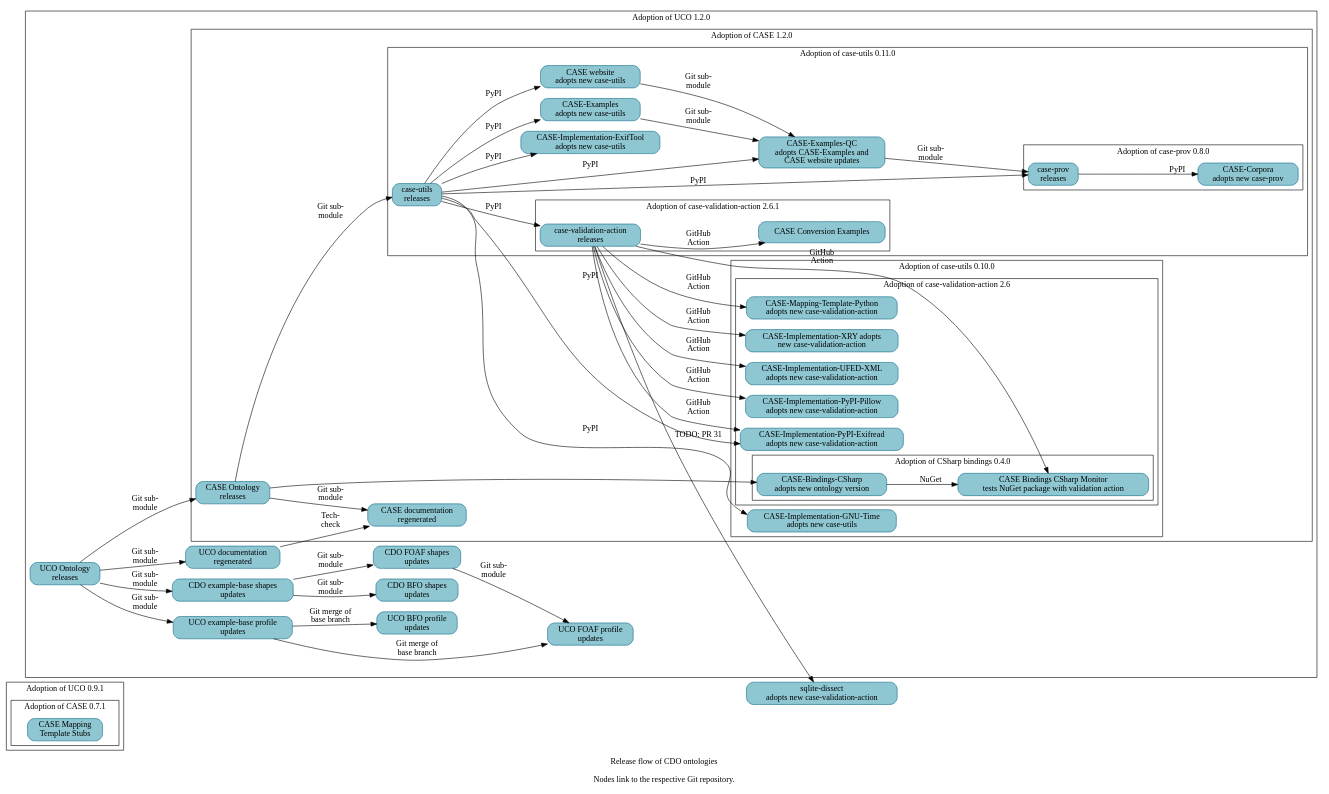
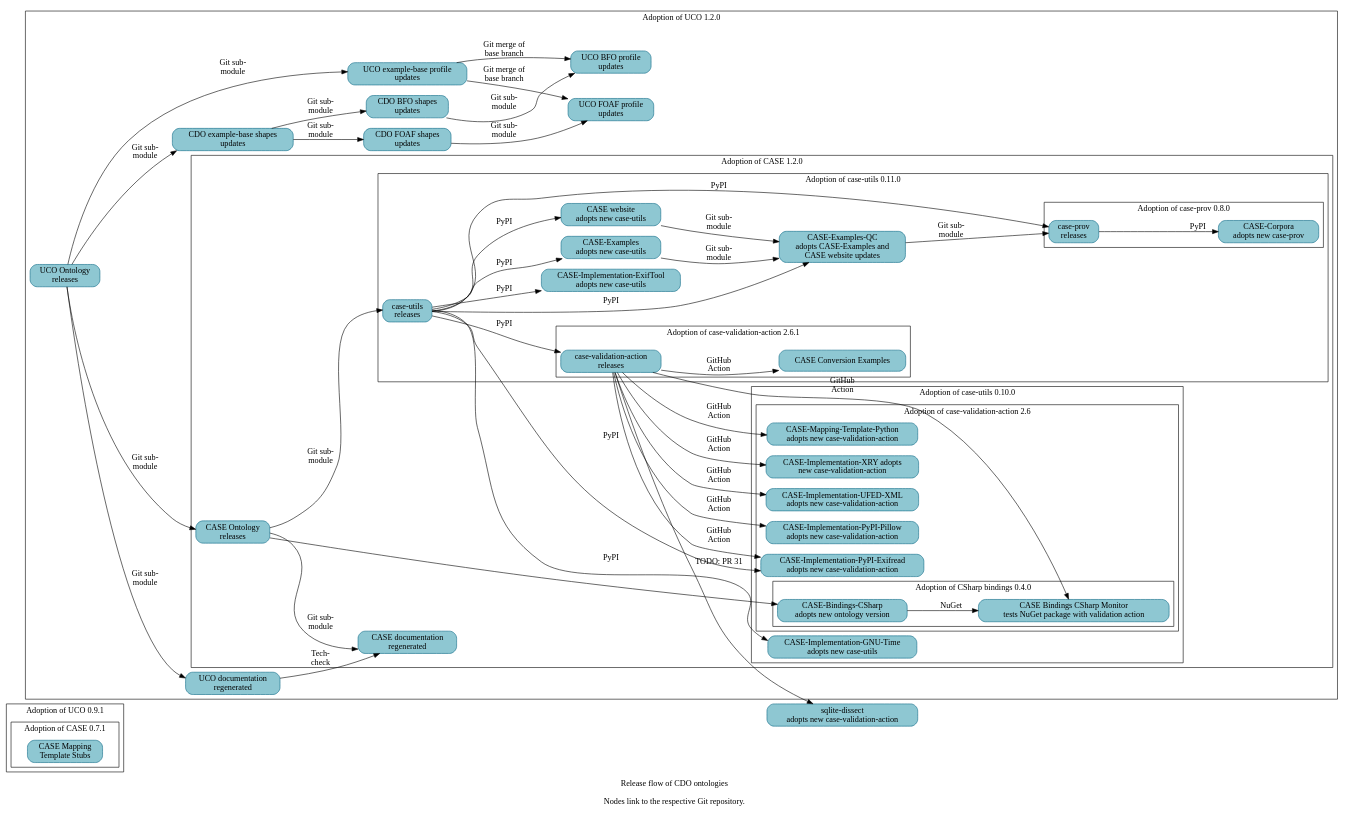
Before and after one commit to Cyber-Domain-Ontology/cdo.github.io: the diagram in resources/project_release_flow.dot, drawn with Graphviz.

Commit message:
Note UCO BFO Profile now uses CDO BFO shapes
A follow-on patch will regenerate Make-managed files.

```diff
--- a/resources/project_release_flow.dot
+++ b/resources/project_release_flow.dot
@@ -1,122 +1,123 @@
 digraph "cdo_release_flow" {
   label = "Release flow of CDO ontologies\n\nNodes link to the respective Git repository." ;
   rankdir = "LR" ;
   node [shape="rectangle" style="filled,rounded" fillcolor="#8EC7D2" color="#0D6986"] ;
 
 
   // Define nodes in their corresponding progress subgraph.
 
   subgraph cluster_uco_0_9_1 {
     label = "Adoption of UCO 0.9.1" ;
 
     subgraph cluster_case_0_7_1 {
       label = "Adoption of CASE 0.7.1" ;
       _GH__CASEWORK__CASE_MAPPING_TEMPLATE_STUBS [URL="https://github.com/casework/CASE-Mapping-Template-Stubs" label="CASE Mapping\nTemplate Stubs"] ;
     }
   }
 
   subgraph cluster_uco_1_2_0 {
     label = "Adoption of UCO 1.2.0" ;
 
     _GH__CYBER_DOMAIN_ONTOLOGY__CDO_SHAPES_BFO [URL="https://github.com/Cyber-Domain-Ontology/CDO-Shapes-BFO" label="CDO BFO shapes\nupdates"]
     _GH__CYBER_DOMAIN_ONTOLOGY__CDO_SHAPES_EXAMPLE [URL="https://github.com/Cyber-Domain-Ontology/CDO-Shapes-Example" label="CDO example-base shapes\nupdates"]
     _GH__CYBER_DOMAIN_ONTOLOGY__CDO_SHAPES_FOAF [URL="https://github.com/Cyber-Domain-Ontology/CDO-Shapes-FOAF" label="CDO FOAF shapes\nupdates"]
     _GH__UCOPROJECT__ONTOLOGY_UNIFIEDCYBERONTOLOGY_ORG [URL="https://github.com/ucoProject/ontology.unifiedcyberontology.org" label="UCO documentation\nregenerated"] ;
     _GH__UCOPROJECT__UCO [URL="https://github.com/ucoProject/UCO" label="UCO Ontology\nreleases"] ;
     _GH__UCOPROJECT__UCO_PROFILE_BFO [URL="https://github.com/ucoProject/UCO-Profile-BFO" label="UCO BFO profile\nupdates"] ;
     _GH__UCOPROJECT__UCO_PROFILE_EXAMPLE [URL="https://github.com/ucoProject/UCO-Profile-Example" label="UCO example-base profile\nupdates"] ;
     _GH__UCOPROJECT__UCO_PROFILE_FOAF [URL="https://github.com/ucoProject/UCO-Profile-FOAF" label="UCO FOAF profile\nupdates"] ;
 
     subgraph cluster_case_1_2_0 {
       label = "Adoption of CASE 1.2.0" ;
 
       _GH__CASEWORK__CASE [URL="https://github.com/casework/CASE" label="CASE Ontology\nreleases"] ;
       _GH__CASEWORK__ONTOLOGY_CASEONTOLOGY_ORG [URL="https://github.com/casework/ontology.caseontology.org" label="CASE documentation\nregenerated"] ;
 
       subgraph cluster_case_utils_0_10_0 {
         label = "Adoption of case-utils 0.10.0" ;
 
         _GH__CASEWORK__CASE_IMPLEMENTATON_GNU_TIME [URL="https://github.com/casework/CASE-Implementation-GNU-Time" label="CASE-Implementation-GNU-Time\nadopts new case-utils"] ;
 
         subgraph cluster_case_validation_action_2_6 {
           label = "Adoption of case-validation-action 2.6" ;
 
           _GH__CASEWORK__CASE_IMPLEMENTATON_PYPI_EXIFREAD [URL="https://github.com/casework/CASE-Implementation-PyPI-Exifread" label="CASE-Implementation-PyPI-Exifread\nadopts new case-validation-action"] ;
           _GH__CASEWORK__CASE_IMPLEMENTATON_PYPI_PILLOW [URL="https://github.com/casework/CASE-Implementation-PyPI-Pillow" label="CASE-Implementation-PyPI-Pillow\nadopts new case-validation-action"] ;
           _GH__CASEWORK__CASE_IMPLEMENTATON_UFED_XML [URL="https://github.com/casework/CASE-Implementation-UFED-XML" label="CASE-Implementation-UFED-XML\nadopts new case-validation-action"] ;
           _GH__CASEWORK__CASE_IMPLEMENTATON_XRY [URL="https://github.com/casework/CASE-Implementation-XRY" label="CASE-Implementation-XRY adopts\nnew case-validation-action"] ;
           _GH__CASEWORK__CASE_MAPPING_TEMPLATE_PYTHON [URL="https://github.com/casework/CASE-Mapping-Template-Python" label="CASE-Mapping-Template-Python\nadopts new case-validation-action"] ;
 
           subgraph cluster_case_bindings_csharp_0_4_0 {
             label = "Adoption of CSharp bindings 0.4.0" ;
 
             _GH__CASEWORK__CASE_BINDINGS_CSHARP_MONITOR [URL="https://github.com/casework/CASE-Bindings-CSharp-Monitor" label="CASE Bindings CSharp Monitor\ntests NuGet package with validation action"] ;
             _GH__CIPHERTECHSOLUTIONS__CASE_BINDINGS_CSHARP [URL="https://github.com/ciphertechsolutions/CASE-Bindings-CSharp" label="CASE-Bindings-CSharp\nadopts new ontology version"]
           }
         }
       }
 
       subgraph cluster_case_utils_0_11_0 {
         label = "Adoption of case-utils 0.11.0" ;
 
         _GH__AJNELSON_NIST__CASE_EXAMPLES_QC [URL="https://github.com/ajnelson-nist/CASE-Examples-QC" label="CASE-Examples-QC\nadopts CASE-Examples and\nCASE website updates"] ;
         _GH__CASEWORK__CASE_EXAMPLES [URL="https://github.com/casework/CASE-Examples" label="CASE-Examples\nadopts new case-utils"] ;
         _GH__CASEWORK__CASE_IMPLEMENTATON_EXIFTOOL [URL="https://github.com/casework/CASE-Implementation-ExifTool" label="CASE-Implementation-ExifTool\nadopts new case-utils"] ;
         _GH__CASEWORK__CASE_UTILITIES_PYTHON [URL="https://github.com/casework/CASE-Utilities-Python" label="case-utils\nreleases"] ;
         _GH__CASEWORK__CASEWORK_GITHUB_IO [URL="https://github.com/casework/casework.github.io" label="CASE website\nadopts new case-utils"] ;
 
         subgraph cluster_case_prov_0_8_0 {
           label = "Adoption of case-prov 0.8.0" ;
 
           _GH__CASEWORK__CASE_CORPORA [URL="https://github.com/casework/CASE-Corpora" label="CASE-Corpora\nadopts new case-prov"] ;
           _GH__CASEWORK__CASE_IMPLEMENTATON_PROV_O [URL="https://github.com/casework/CASE-Implementation-PROV-O" label="case-prov\nreleases"] ;
         }
         subgraph cluster_case_validation_action_2_6_1 {
           label = "Adoption of case-validation-action 2.6.1" ;
 
           _GH__CASEWORK__CASE_EXAMPLES_CONVERSION [URL="https://github.com/casework/CASE-Examples-Conversion" label="CASE Conversion Examples"]
           _GH__KCHASON__CASE_VALIDATION_ACTION [URL="https://github.com/kchason/case-validation-action" label="case-validation-action\nreleases"] ;
         }
       }
     }
   }
 
   _GH__DOD_CYBER_CRIME_CENTER__SQLITE_DISSECT [URL="https://github.com/dod-cyber-crime-center/sqlite-dissect" label="sqlite-dissect\nadopts new case-validation-action"] ;
 
   // Begin edges
 
   _GH__AJNELSON_NIST__CASE_EXAMPLES_QC -> _GH__CASEWORK__CASE_IMPLEMENTATON_PROV_O [label="Git sub-\nmodule"] ;
   _GH__CASEWORK__CASE -> _GH__CASEWORK__CASE_UTILITIES_PYTHON [label="Git sub-\nmodule"] ;
   _GH__CASEWORK__CASE -> _GH__CIPHERTECHSOLUTIONS__CASE_BINDINGS_CSHARP ;
   _GH__CASEWORK__CASE -> _GH__CASEWORK__ONTOLOGY_CASEONTOLOGY_ORG [label="Git sub-\nmodule"] ; 
   _GH__CASEWORK__CASE_EXAMPLES -> _GH__AJNELSON_NIST__CASE_EXAMPLES_QC [label="Git sub-\nmodule"] ;
   _GH__CASEWORK__CASE_IMPLEMENTATON_PROV_O -> _GH__CASEWORK__CASE_CORPORA [label="PyPI"] ;
   _GH__CASEWORK__CASE_UTILITIES_PYTHON -> _GH__AJNELSON_NIST__CASE_EXAMPLES_QC [label="PyPI"] ;
   _GH__CASEWORK__CASE_UTILITIES_PYTHON -> _GH__CASEWORK__CASE_EXAMPLES [label="PyPI"] ;
   _GH__CASEWORK__CASE_UTILITIES_PYTHON -> _GH__CASEWORK__CASE_IMPLEMENTATON_EXIFTOOL [label="PyPI"] ;
   _GH__CASEWORK__CASE_UTILITIES_PYTHON -> _GH__CASEWORK__CASE_IMPLEMENTATON_GNU_TIME [label="PyPI"] ;
   _GH__CASEWORK__CASE_UTILITIES_PYTHON -> _GH__CASEWORK__CASE_IMPLEMENTATON_PROV_O [label="PyPI"] ;
   _GH__CASEWORK__CASE_UTILITIES_PYTHON -> _GH__CASEWORK__CASE_IMPLEMENTATON_PYPI_EXIFREAD [label="PyPI"] ;
   _GH__CASEWORK__CASE_UTILITIES_PYTHON -> _GH__KCHASON__CASE_VALIDATION_ACTION [label="PyPI"] ;
   _GH__CASEWORK__CASE_UTILITIES_PYTHON -> _GH__CASEWORK__CASEWORK_GITHUB_IO [label="PyPI"] ;
   _GH__CASEWORK__CASEWORK_GITHUB_IO -> _GH__AJNELSON_NIST__CASE_EXAMPLES_QC [label="Git sub-\nmodule"] ;
   _GH__CIPHERTECHSOLUTIONS__CASE_BINDINGS_CSHARP -> _GH__CASEWORK__CASE_BINDINGS_CSHARP_MONITOR [label="NuGet"] ;
+  _GH__CYBER_DOMAIN_ONTOLOGY__CDO_SHAPES_BFO -> _GH__UCOPROJECT__UCO_PROFILE_BFO [label="Git sub-\nmodule"] ;
   _GH__CYBER_DOMAIN_ONTOLOGY__CDO_SHAPES_EXAMPLE -> _GH__CYBER_DOMAIN_ONTOLOGY__CDO_SHAPES_BFO [label="Git sub-\nmodule"] ;
   _GH__CYBER_DOMAIN_ONTOLOGY__CDO_SHAPES_EXAMPLE -> _GH__CYBER_DOMAIN_ONTOLOGY__CDO_SHAPES_FOAF [label="Git sub-\nmodule"] ;
   _GH__CYBER_DOMAIN_ONTOLOGY__CDO_SHAPES_FOAF -> _GH__UCOPROJECT__UCO_PROFILE_FOAF [label="Git sub-\nmodule"] ;
   _GH__KCHASON__CASE_VALIDATION_ACTION -> _GH__CASEWORK__CASE_BINDINGS_CSHARP_MONITOR [label="GitHub\nAction"] ;
   _GH__KCHASON__CASE_VALIDATION_ACTION -> _GH__CASEWORK__CASE_EXAMPLES_CONVERSION [label="GitHub\nAction"];
   _GH__KCHASON__CASE_VALIDATION_ACTION -> _GH__CASEWORK__CASE_IMPLEMENTATON_PYPI_EXIFREAD [label="GitHub\nAction"] ;
   _GH__KCHASON__CASE_VALIDATION_ACTION -> _GH__CASEWORK__CASE_IMPLEMENTATON_PYPI_PILLOW [label="GitHub\nAction"] ;
   _GH__KCHASON__CASE_VALIDATION_ACTION -> _GH__CASEWORK__CASE_IMPLEMENTATON_UFED_XML [label="GitHub\nAction"] ;
   _GH__KCHASON__CASE_VALIDATION_ACTION -> _GH__CASEWORK__CASE_IMPLEMENTATON_XRY [label="GitHub\nAction"] ;
   _GH__KCHASON__CASE_VALIDATION_ACTION -> _GH__CASEWORK__CASE_MAPPING_TEMPLATE_PYTHON [label="GitHub\nAction"] ;
   _GH__KCHASON__CASE_VALIDATION_ACTION -> _GH__DOD_CYBER_CRIME_CENTER__SQLITE_DISSECT [URL="https://github.com/dod-cyber-crime-center/sqlite-dissect/pull/31" label="TODO: PR 31"] ;
   _GH__UCOPROJECT__ONTOLOGY_UNIFIEDCYBERONTOLOGY_ORG -> _GH__CASEWORK__ONTOLOGY_CASEONTOLOGY_ORG [label="Tech-\ncheck"];
   _GH__UCOPROJECT__UCO -> _GH__CASEWORK__CASE [label="Git sub-\nmodule"] ;
   _GH__UCOPROJECT__UCO -> _GH__CYBER_DOMAIN_ONTOLOGY__CDO_SHAPES_EXAMPLE [label="Git sub-\nmodule"] ;
   _GH__UCOPROJECT__UCO -> _GH__UCOPROJECT__ONTOLOGY_UNIFIEDCYBERONTOLOGY_ORG [label="Git sub-\nmodule"] ;
   _GH__UCOPROJECT__UCO -> _GH__UCOPROJECT__UCO_PROFILE_EXAMPLE [label="Git sub-\nmodule"] ;
   _GH__UCOPROJECT__UCO_PROFILE_EXAMPLE -> _GH__UCOPROJECT__UCO_PROFILE_BFO [label="Git merge of\nbase branch"] ;
   _GH__UCOPROJECT__UCO_PROFILE_EXAMPLE -> _GH__UCOPROJECT__UCO_PROFILE_FOAF [label="Git merge of\nbase branch"] ;
 }
```
